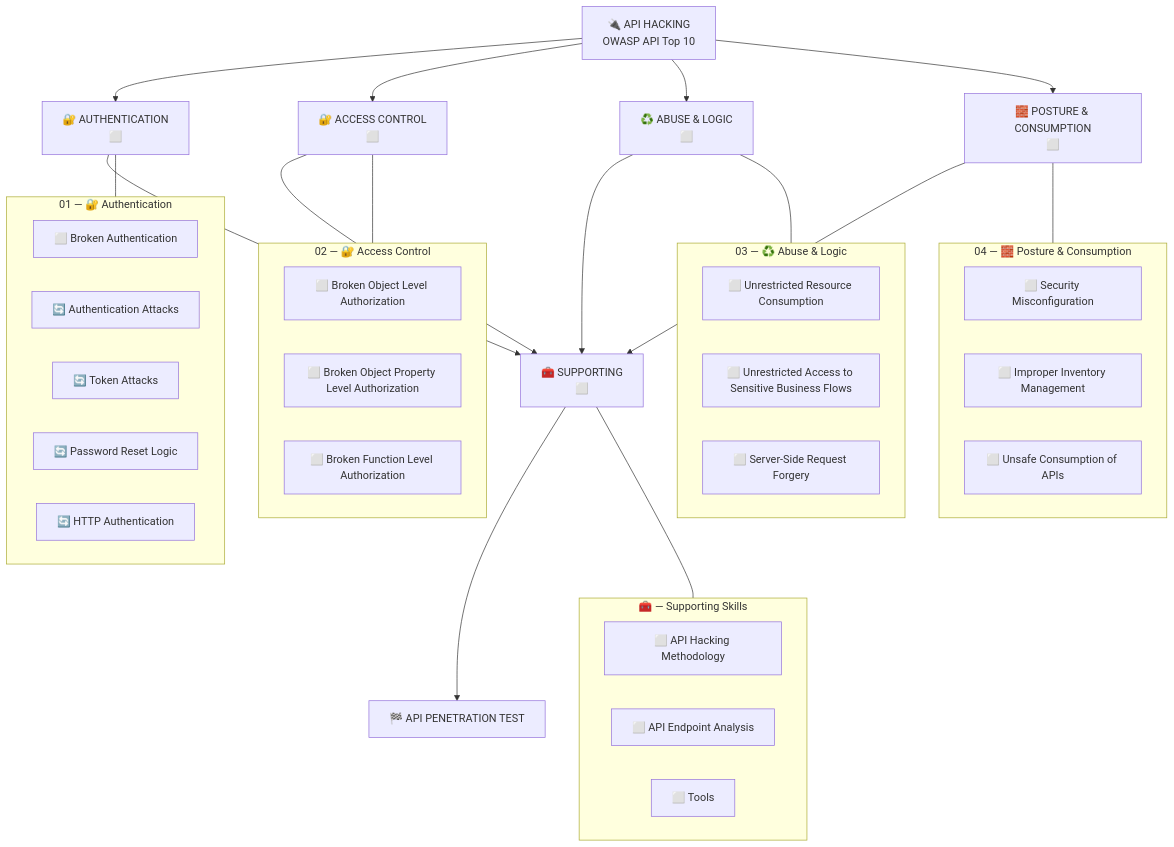
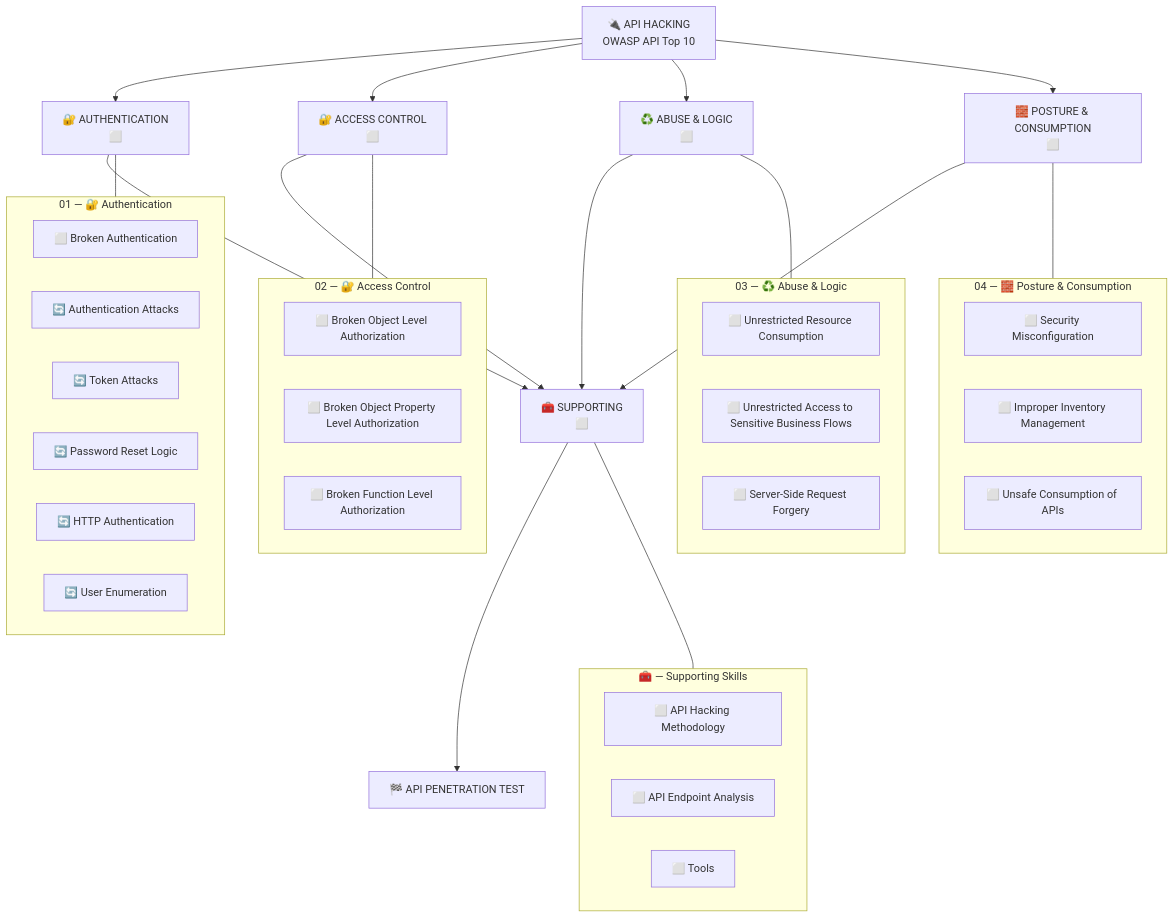
One commit to romeo-mhakayakora/API-Hacking changed the diagram in README.md. Above: the diagram before and after it, drawn with Mermaid. The commit also changed other lines of this file and 2 other files, not shown here.

Commit message:
Add User Enumeration notes (verbose errors + auth enumeration) to Authentication domain

````diff
--- a/README.md
+++ b/README.md
@@ -15,65 +15,67 @@
 ```mermaid
 flowchart TB
     API["🔌 API HACKING<br/>OWASP API Top 10"]
     D1["🔐 AUTHENTICATION<br/>⬜"]
     D2["🔐 ACCESS CONTROL<br/>⬜"]
     D3["♻️ ABUSE & LOGIC<br/>⬜"]
     D4["🧱 POSTURE & CONSUMPTION<br/>⬜"]
     SUP["🧰 SUPPORTING<br/>⬜"]
     PENT["🏁 API PENETRATION TEST"]
 
     API --> D1 & D2 & D3 & D4
     D1 & D2 & D3 & D4 --> SUP --> PENT
 
     subgraph 01_AUTHENTICATION ["01 — 🔐 Authentication"]
         BA["⬜ Broken Authentication"]
         AA["🔄 Authentication Attacks"]
         TA["🔄 Token Attacks"]
         PRL["🔄 Password Reset Logic"]
         HTTP["🔄 HTTP Authentication"]
+        UE["🔄 User Enumeration"]
     end
     subgraph 02_ACCESS_CONTROL ["02 — 🔐 Access Control"]
         BOLA["⬜ Broken Object Level Authorization"]
         BOPLA["⬜ Broken Object Property Level Authorization"]
         BFLA["⬜ Broken Function Level Authorization"]
     end
     subgraph 03_ABUSE_LOGIC ["03 — ♻️ Abuse & Logic"]
         URC["⬜ Unrestricted Resource Consumption"]
         UBF["⬜ Unrestricted Access to Sensitive Business Flows"]
         S["⬜ Server-Side Request Forgery"]
     end
     subgraph 04_POSTURE_CONSUMPTION ["04 — 🧱 Posture & Consumption"]
         SM["⬜ Security Misconfiguration"]
         IIM["⬜ Improper Inventory Management"]
         UAC["⬜ Unsafe Consumption of APIs"]
     end
     subgraph SUPPORTING ["🧰 — Supporting Skills"]
         MET["⬜ API Hacking Methodology"]
         EPA["⬜ API Endpoint Analysis"]
         TLS["⬜ Tools"]
     end
 
     D1 --- 01_AUTHENTICATION
     D2 --- 02_ACCESS_CONTROL
     D3 --- 03_ABUSE_LOGIC
     D4 --- 04_POSTURE_CONSUMPTION
     SUP --- SUPPORTING
 
     click BA href "./01-authentication/broken-authentication.md"
     click AA href "./01-authentication/authentication-attacks.md"
     click TA href "./01-authentication/token-attacks.md"
     click PRL href "./01-authentication/password-reset-logic.md"
     click HTTP href "./01-authentication/http-authentication.md"
+    click UE href "./01-authentication/user-enumeration.md"
     click BOLA href "./02-access-control/bola.md"
     click BOPLA href "./02-access-control/bopla.md"
     click BFLA href "./02-access-control/bfla.md"
     click URC href "./03-abuse-logic/unrestricted-resource-consumption.md"
     click UBF href "./03-abuse-logic/unrestricted-business-flow.md"
     click S href "./03-abuse-logic/ssrf.md"
     click SM href "./04-posture-consumption/security-misconfiguration.md"
     click IIM href "./04-posture-consumption/improper-inventory-management.md"
     click UAC href "./04-posture-consumption/unsafe-api-consumption.md"
     click MET href "./supporting/01-api-methodology.md"
     click EPA href "./supporting/02-api-endpoint-analysis.md"
     click TLS href "./supporting/03-tools.md"
 ```
````
